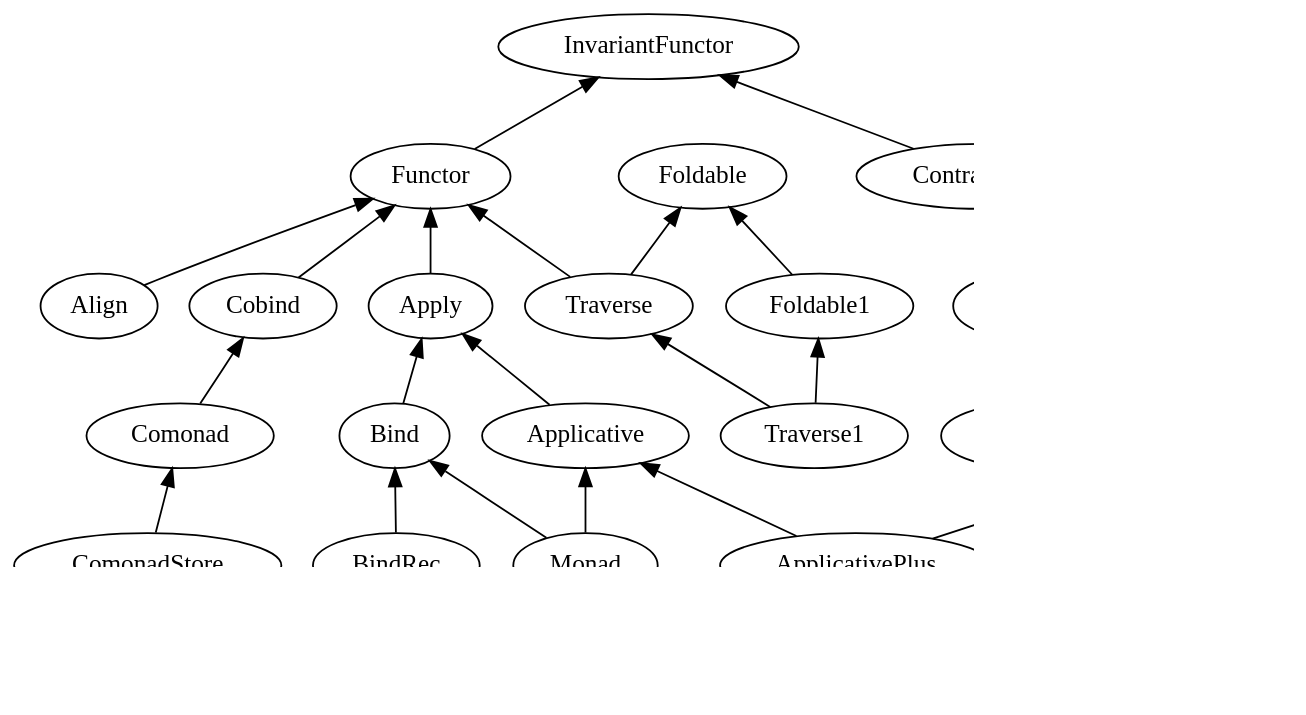
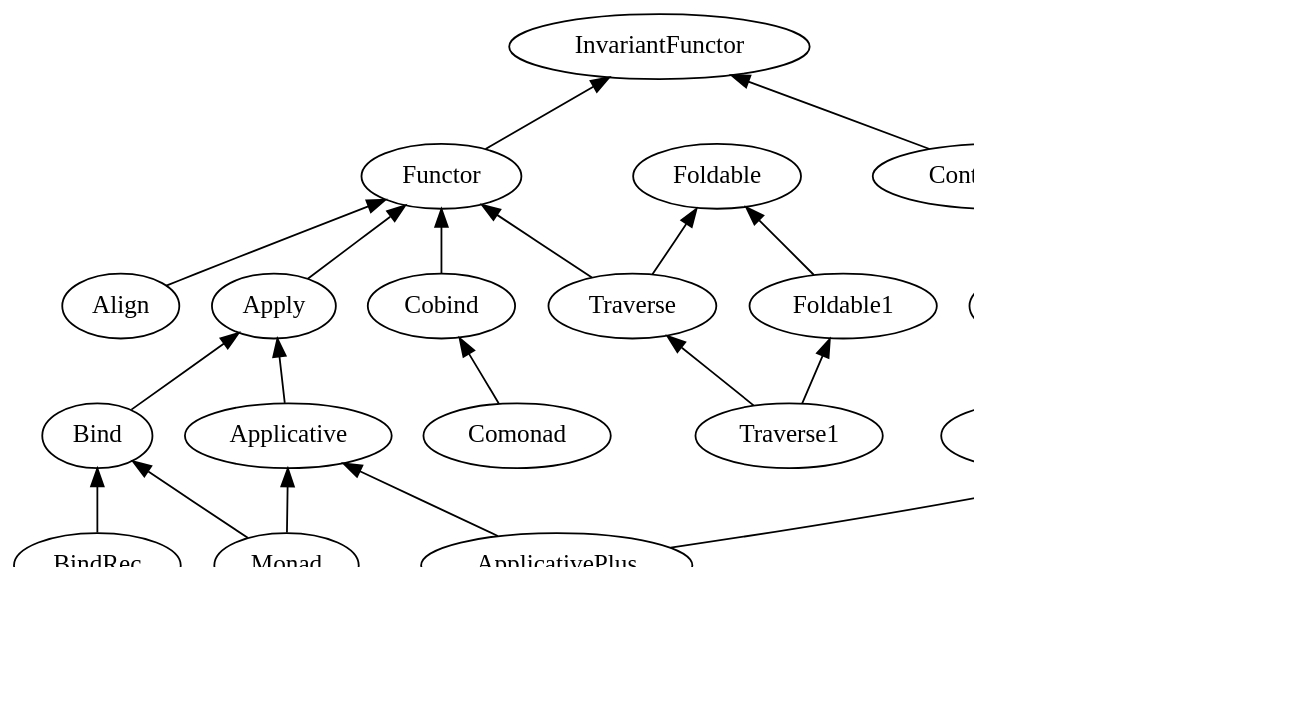
Before and after one commit to fommil/fpmortals: the second of 17 diagrams in manuscript/book.org, drawn with Graphviz. The commit also changed other lines of this file and 1 other file, not shown here.

Commit message:
remove ComonadStore

```diff
--- a/manuscript/book.org
+++ b/manuscript/book.org
@@ -3044,45 +3044,43 @@
 #+BEGIN_SRC dot :file images/scalaz-core-tree.png :exports results
 digraph G {
     graph [dpi=100, rankdir=BT];
     node [fontname=Hack];
 
     Bind -> Apply;
     BindRec -> Bind;
 
     Contravariant -> InvariantFunctor;
     Functor -> InvariantFunctor;
 
     Divide -> Contravariant;
     Divisible -> Divide;
     Apply -> Functor;
     Applicative -> Apply;
 
     Foldable1 -> Foldable;
     Traverse -> Functor;
     Traverse -> Foldable;
     Traverse1 -> Traverse;
     Traverse1 -> Foldable1;
 
     Monad -> Applicative;
 
     "Advanced Monads" [style=dashed];
     "Advanced Monads" -> Monad;
 
     Monad -> Bind;
 
     Cobind -> Functor;
     Comonad -> Cobind;
 
     PlusEmpty -> Plus;
     IsEmpty -> PlusEmpty;
 
     ApplicativePlus -> Applicative;
     ApplicativePlus -> PlusEmpty;
     MonadPlus -> ApplicativePlus;
     MonadPlus -> Monad;
 
-    ComonadStore -> Comonad;
-
     Align -> Functor;
 }
 #+END_SRC
```
